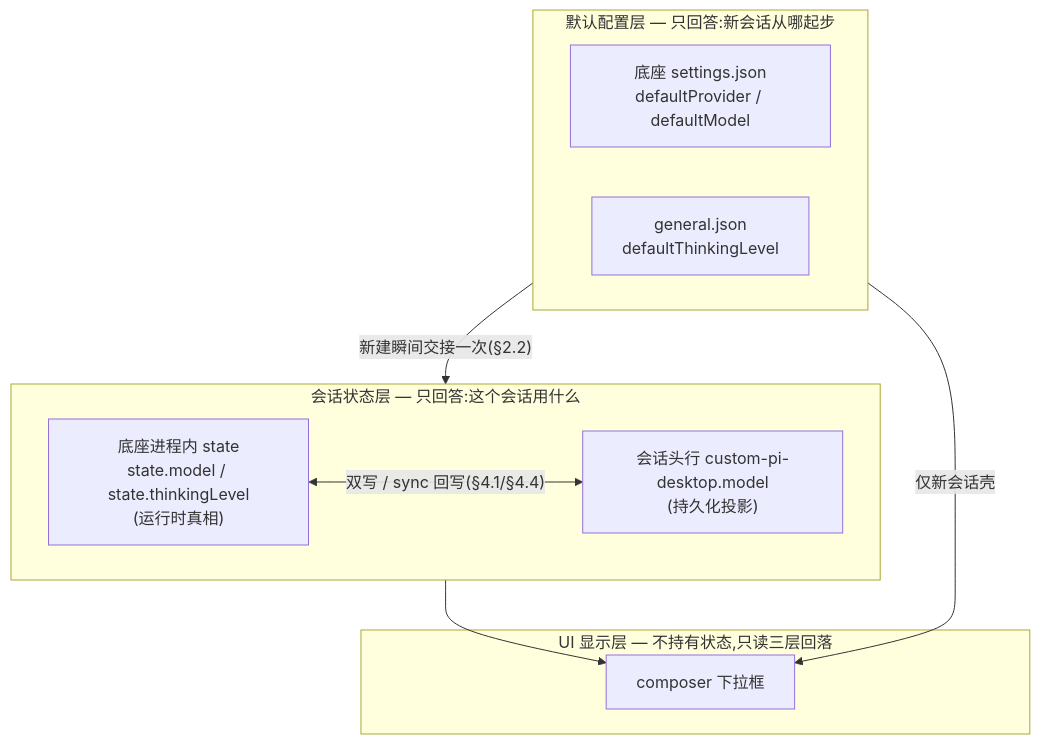
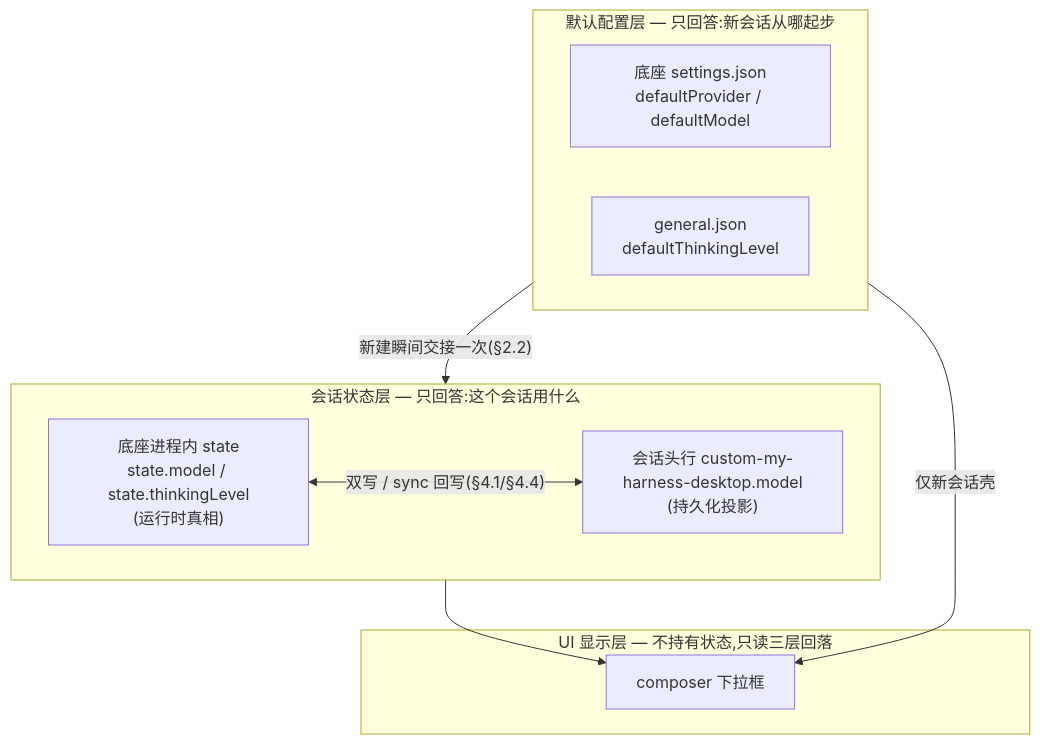
The second of 3 diagrams in docs/design/session-model-config.md (GOODDAYDAY/my-harness-desktop), drawn with Mermaid before and after one commit. The commit also changed other lines of this file and 279 other files, not shown here.

First line of the commit message:
chore: 改名 pi-desktop → my-harness-desktop

````diff
--- a/docs/design/session-model-config.md
+++ b/docs/design/session-model-config.md
@@ -71,18 +71,18 @@
 ```mermaid
 flowchart TD
     subgraph 默认配置层["默认配置层 — 只回答:新会话从哪起步"]
         D1["底座 settings.json<br/>defaultProvider / defaultModel"]
         D2["general.json<br/>defaultThinkingLevel"]
     end
     subgraph 会话状态层["会话状态层 — 只回答:这个会话用什么"]
         S1["底座进程内 state<br/>state.model / state.thinkingLevel<br/>(运行时真相)"]
-        S2["会话头行 custom-pi-desktop.model<br/>(持久化投影)"]
+        S2["会话头行 custom-my-harness-desktop.model<br/>(持久化投影)"]
     end
     subgraph UI层["UI 显示层 — 不持有状态,只读三层回落"]
         U["composer 下拉框"]
     end
     默认配置层 -->|"新建瞬间交接一次(§2.2)"| 会话状态层
     S1 <-->|"双写 / sync 回写(§4.1/§4.4)"| S2
     会话状态层 --> U
     默认配置层 -->|"仅新会话壳"| U
 ```
````
